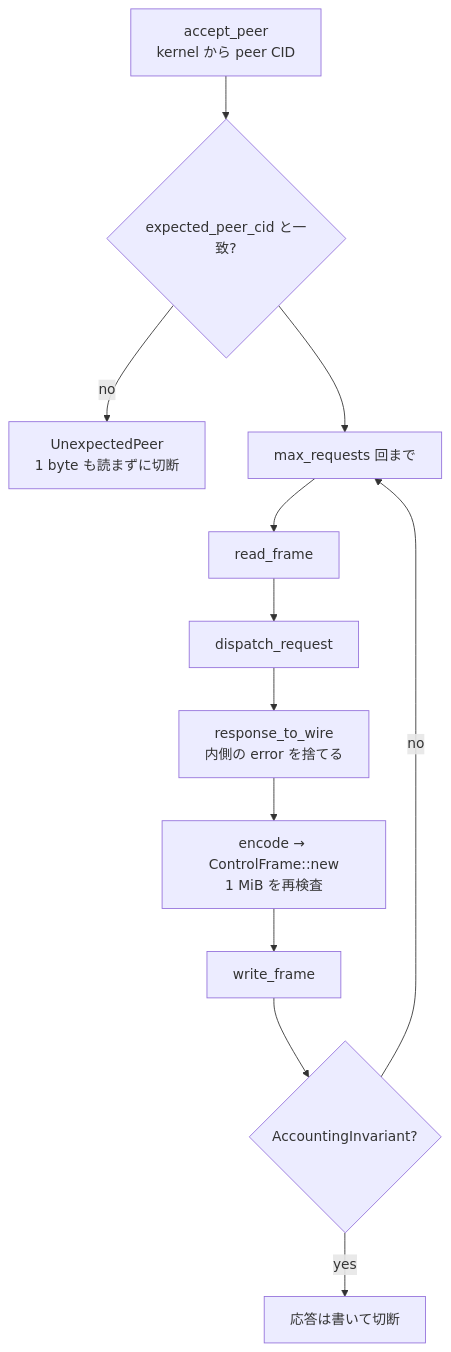
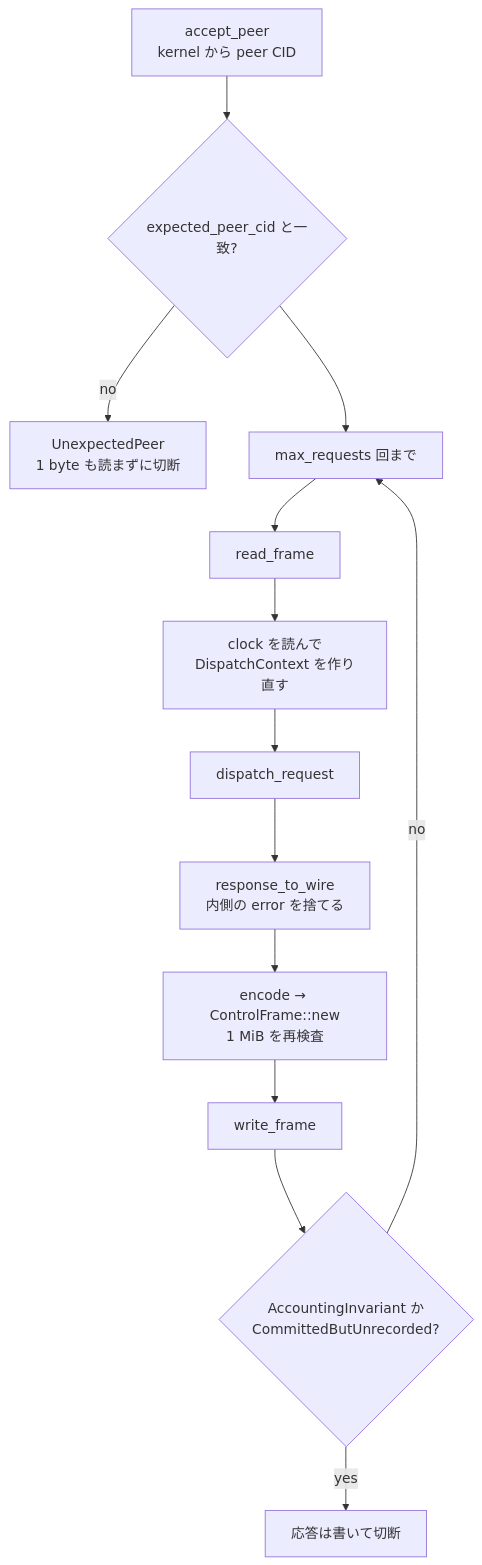
The diagram in docs/egress-broker/server.md (Aqua-218/SecCamp-AIAgent), drawn with Mermaid before and after one commit. The commit also changed other lines of this file, not shown here.

First line of the commit message:
docs(egress-broker): update the server page for the new close set and clock

````diff
--- a/docs/egress-broker/server.md
+++ b/docs/egress-broker/server.md
@@ -25,14 +25,15 @@
 ```mermaid
 flowchart TB
     acc["accept_peer<br/>kernel から peer CID"] --> cid{"expected_peer_cid と一致?"}
     cid -->|no| drop["UnexpectedPeer<br/>1 byte も読まずに切断"]
     cid --> loop["max_requests 回まで"]
     loop --> rd["read_frame"]
-    rd --> disp["dispatch_request"]
+    rd --> ctx["clock を読んで<br/>DispatchContext を作り直す"]
+    ctx --> disp["dispatch_request"]
     disp --> wire["response_to_wire<br/>内側の error を捨てる"]
     wire --> enc["encode → ControlFrame::new<br/>1 MiB を再検査"]
     enc --> wr["write_frame"]
-    wr --> ai{"AccountingInvariant?"}
+    wr --> ai{"AccountingInvariant か<br/>CommittedButUnrecorded?"}
     ai -->|yes| close["応答は書いて切断"]
     ai -->|no| loop
 ```
````
